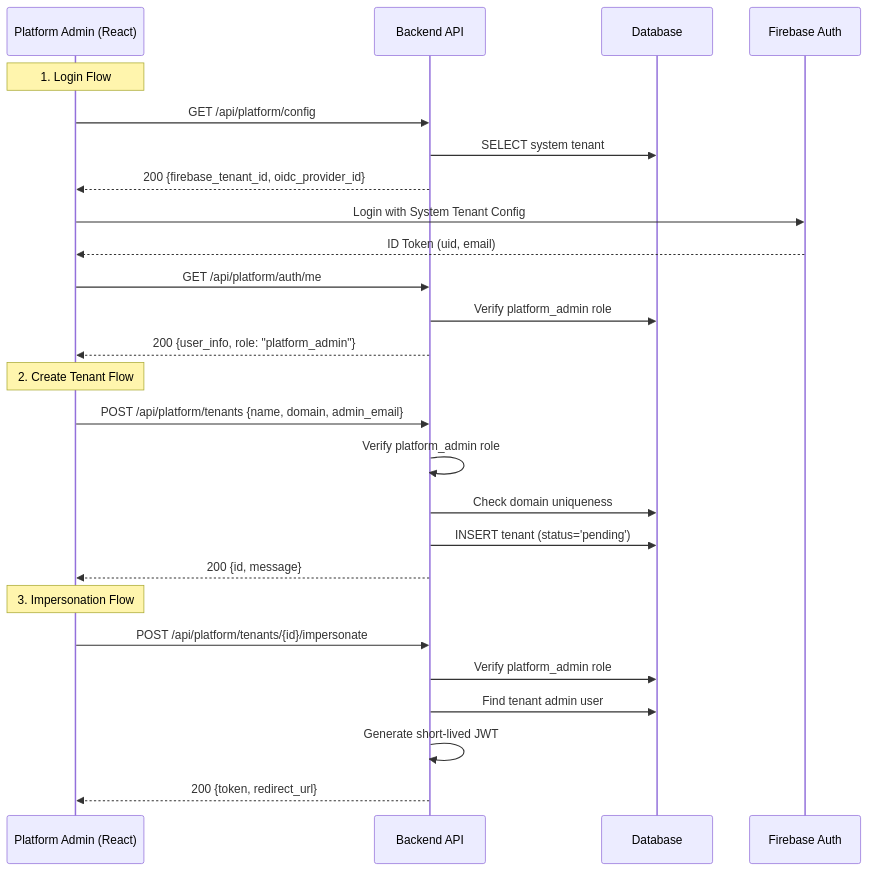
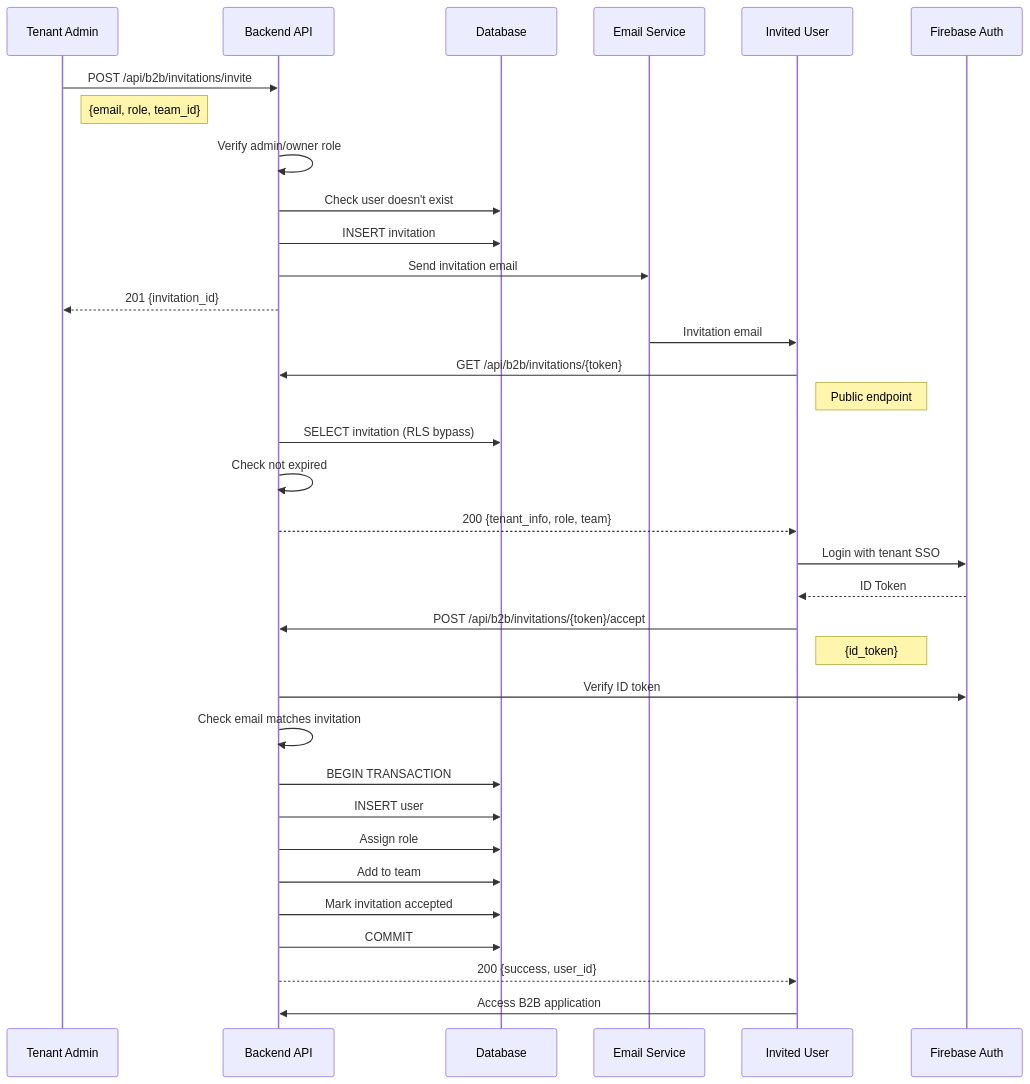
Before and after one commit to nkumar15/communication-analysis: the second of 4 diagrams in docs/architecture/b2b/tenant-onboarding-flow.md, drawn with Mermaid. The commit also changed other lines of this file and 2 other files, not shown here.

Commit message:
docs: Add B2B tenant and user access control, and rewrite the tenant onboarding flow documentation.

````diff
--- a/docs/architecture/b2b/tenant-onboarding-flow.md
+++ b/docs/architecture/b2b/tenant-onboarding-flow.md
@@ -59,33 +315,44 @@
 ```mermaid
 sequenceDiagram
-    participant Admin as Platform Admin (React)
-    participant BE as Backend API
+    participant Admin as Tenant Admin
+    participant API as Backend API
     participant DB as Database
+    participant Email as Email Service
+    participant User as Invited User
     participant Firebase as Firebase Auth
 
-    Note over Admin: 1. Login Flow
-    Admin->>BE: GET /api/platform/config
-    BE->>DB: SELECT system tenant
-    BE-->>Admin: 200 {firebase_tenant_id, oidc_provider_id}
+    Admin->>API: POST /api/b2b/invitations/invite
+    Note right of Admin: {email, role, team_id}
     
-    Admin->>Firebase: Login with System Tenant Config
-    Firebase-->>Admin: ID Token (uid, email)
+    API->>API: Verify admin/owner role
+    API->>DB: Check user doesn't exist
+    API->>DB: INSERT invitation
+    API->>Email: Send invitation email
+    API-->>Admin: 201 {invitation_id}
     
-    Admin->>BE: GET /api/platform/auth/me
-    BE->>DB: Verify platform_admin role
-    BE-->>Admin: 200 {user_info, role: "platform_admin"}
-
-    Note over Admin: 2. Create Tenant Flow
-    Admin->>BE: POST /api/platform/tenants {name, domain, admin_email}
-    BE->>BE: Verify platform_admin role
-    BE->>DB: Check domain uniqueness
-    BE->>DB: INSERT tenant (status='pending')
-    BE-->>Admin: 200 {id, message}
+    Email->>User: Invitation email
+    User->>API: GET /api/b2b/invitations/{token}
+    Note right of User: Public endpoint
     
-    Note over Admin: 3. Impersonation Flow
-    Admin->>BE: POST /api/platform/tenants/{id}/impersonate
-    BE->>DB: Verify platform_admin role
-    BE->>DB: Find tenant admin user
-    BE->>BE: Generate short-lived JWT
-    BE-->>Admin: 200 {token, redirect_url}
+    API->>DB: SELECT invitation (RLS bypass)
+    API->>API: Check not expired
+    API-->>User: 200 {tenant_info, role, team}
+    
+    User->>Firebase: Login with tenant SSO
+    Firebase-->>User: ID Token
+    
+    User->>API: POST /api/b2b/invitations/{token}/accept
+    Note right of User: {id_token}
+    
+    API->>Firebase: Verify ID token
+    API->>API: Check email matches invitation
+    API->>DB: BEGIN TRANSACTION
+    API->>DB: INSERT user
+    API->>DB: Assign role
+    API->>DB: Add to team
+    API->>DB: Mark invitation accepted
+    API->>DB: COMMIT
+    
+    API-->>User: 200 {success, user_id}
+    User->>API: Access B2B application
 ```
````
